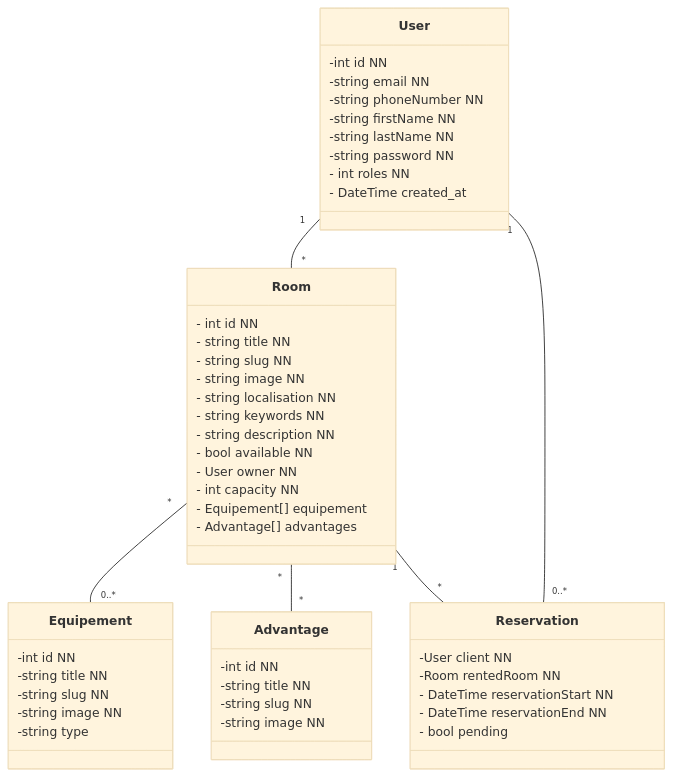
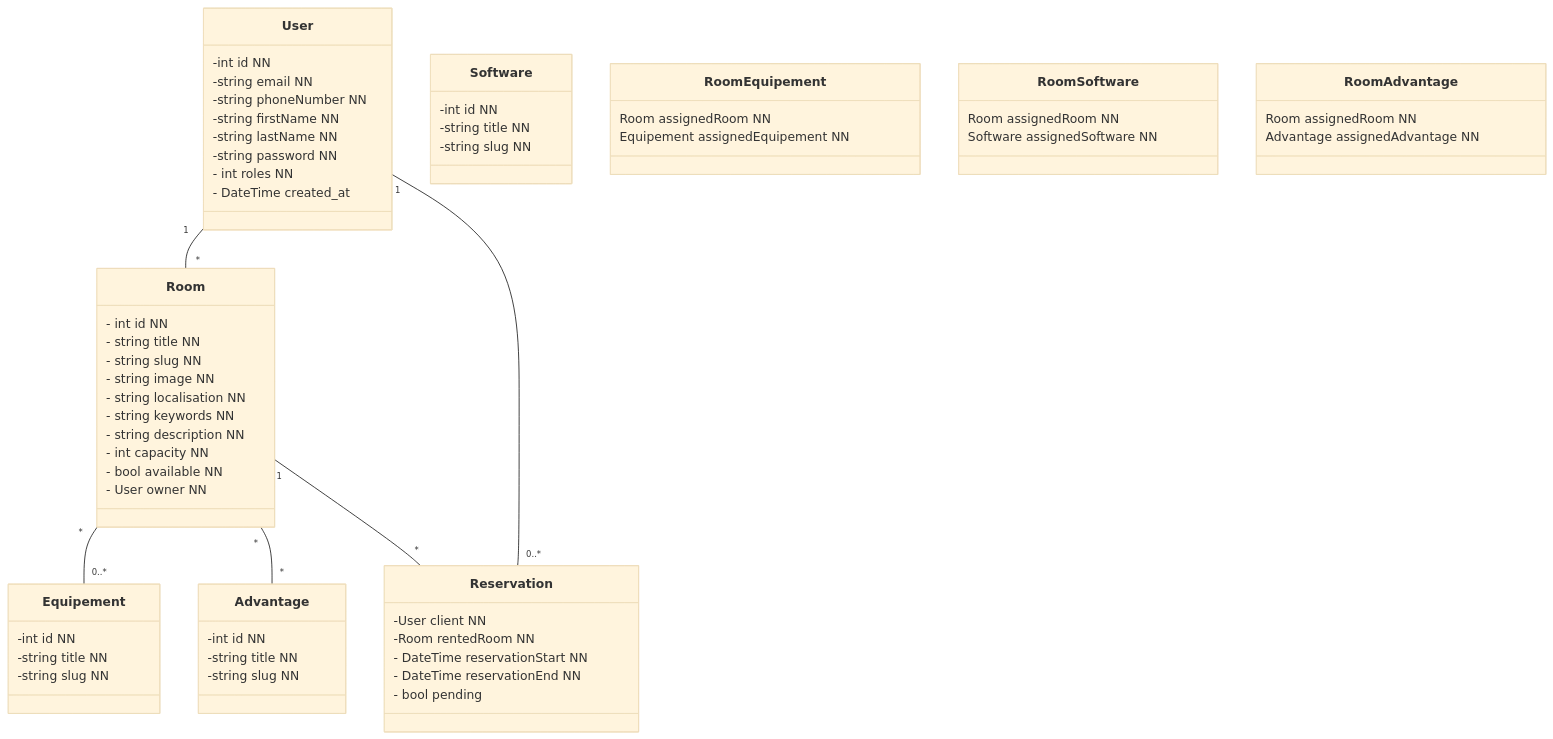
Before and after one commit to Conchero/ecf-back: the first of 3 diagrams in prodDocs/ClassDiagram.md, drawn with Mermaid (base theme). The commit also changed 3 other files, not shown here.

````diff
--- a/prodDocs/ClassDiagram.md
+++ b/prodDocs/ClassDiagram.md
@@ -3,64 +3,81 @@
 ```mermaid
 
 classDiagram
 
 class Room{
 - int id NN
 - string title NN
 - string slug NN
+
 - string image NN
 - string localisation NN
 - string keywords NN
 - string description NN
+- int capacity NN
 
 - bool available NN
 - User owner NN
-
-- int capacity NN
-- Equipement[] equipement
-- Advantage[] advantages 
 } 
 
 
 class User{
 -int id NN
 -string email NN
 -string phoneNumber NN
 -string firstName NN
 -string lastName NN
 -string password NN
 - int roles NN
 - DateTime created_at
 }
 
 class Equipement { 
     -int id NN
     -string title NN 
     -string slug NN
-    -string image NN
-    -string type 
+}
+
+class Software { 
+    -int id NN
+    -string title NN 
+    -string slug NN
 }
 
 class Advantage { 
     -int id NN
     -string title NN 
     -string slug NN
-    -string image NN 
 }
+
 
 class Reservation{
     -User client NN
     -Room rentedRoom NN
     - DateTime reservationStart NN
     - DateTime reservationEnd NN
     - bool pending
 }
 
 
+class RoomEquipement{
+    Room assignedRoom NN
+    Equipement assignedEquipement NN
+}
+
+class RoomSoftware{
+    Room assignedRoom NN
+    Software assignedSoftware NN
+}
+
+class RoomAdvantage{
+    Room assignedRoom NN
+    Advantage assignedAdvantage NN
+}
+
 User "1" -- "*" Room 
 Room "*" -- "0..*" Equipement 
 Room "*" -- "*" Advantage 
 User "1" -- "0..*" Reservation
 Room "1" -- "*" Reservation
 
 ```
````
